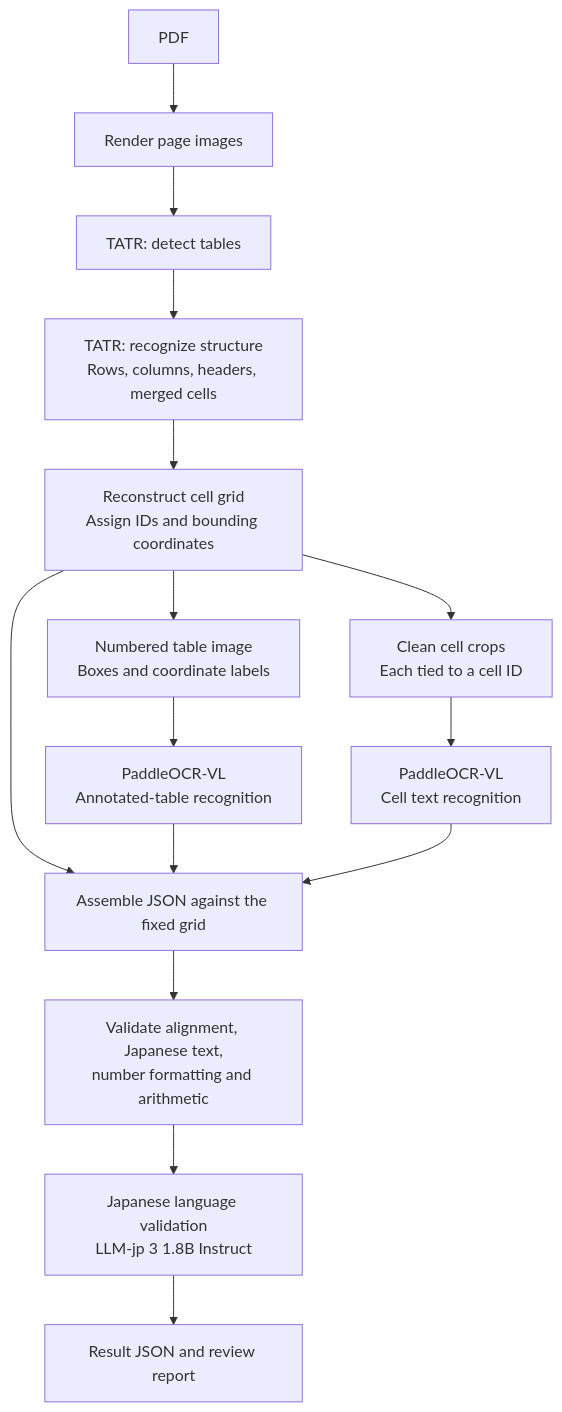
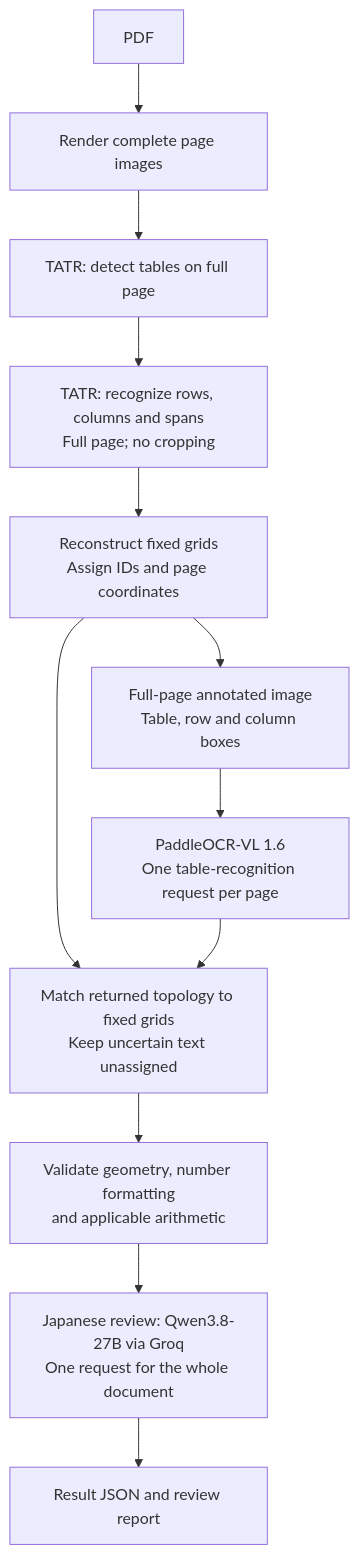
Before and after one commit to Himkeshtak/Ur-AI-Assignment: the diagram in README.md, drawn with Mermaid. The commit also changed other lines of this file and 74 other files, not shown here.

````diff
--- a/README.md
+++ b/README.md
@@ -12,17 +12,14 @@
 ```mermaid
 flowchart TD
-    A["PDF"] --> B["Render page images"]
-    B --> C["TATR: detect tables"]
-    C --> D["TATR: recognize structure<br/>Rows, columns, headers, merged cells"]
-    D --> E["Reconstruct cell grid<br/>Assign IDs and bounding coordinates"]
-    E --> F["Numbered table image<br/>Boxes and coordinate labels"]
-    E --> G["Clean cell crops<br/>Each tied to a cell ID"]
-    F --> H["PaddleOCR-VL<br/>Annotated-table recognition"]
-    G --> I["PaddleOCR-VL<br/>Cell text recognition"]
-    E --> J["Assemble JSON against the fixed grid"]
+    A["PDF"] --> B["Render complete page images"]
+    B --> C["TATR: detect tables on full page"]
+    C --> D["TATR: recognize rows, columns and spans<br/>Full page; no cropping"]
+    D --> E["Reconstruct fixed grids<br/>Assign IDs and page coordinates"]
+    E --> F["Full-page annotated image<br/>Table, row and column boxes"]
+    F --> H["PaddleOCR-VL 1.6<br/>One table-recognition request per page"]
+    E --> J["Match returned topology to fixed grids<br/>Keep uncertain text unassigned"]
     H --> J
-    I --> J
-    J --> K["Validate alignment, Japanese text,<br/>number formatting and arithmetic"]
-    K --> M["Japanese language validation<br/>LLM-jp 3 1.8B Instruct"]
+    J --> K["Validate geometry, number formatting<br/>and applicable arithmetic"]
+    K --> M["Japanese review: Qwen3.8-27B via Groq<br/>One request for the whole document"]
     M --> L["Result JSON and review report"]
 ```
````
